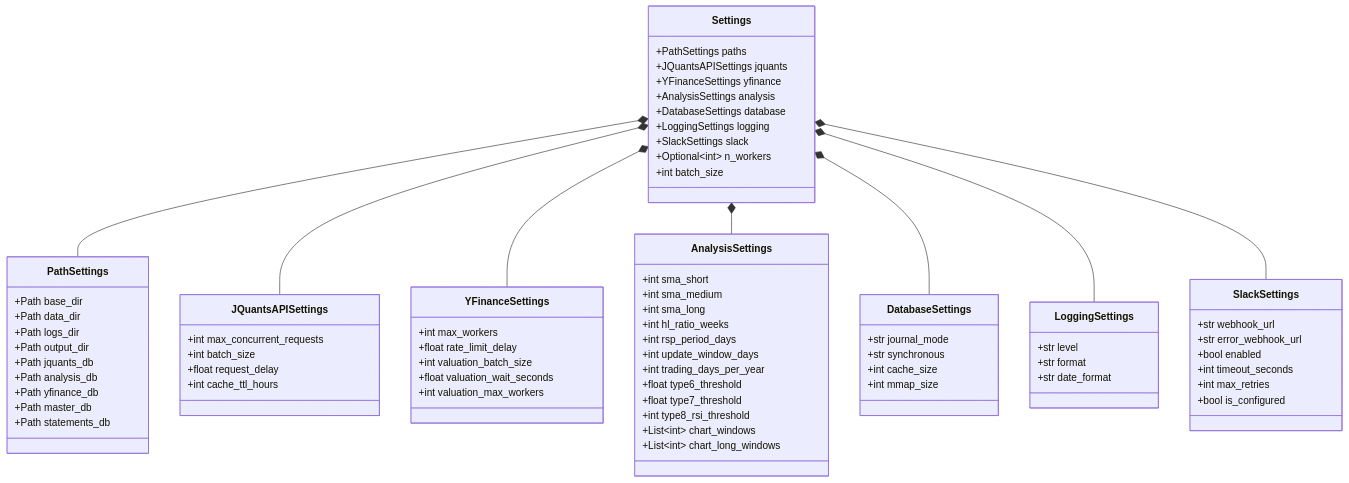
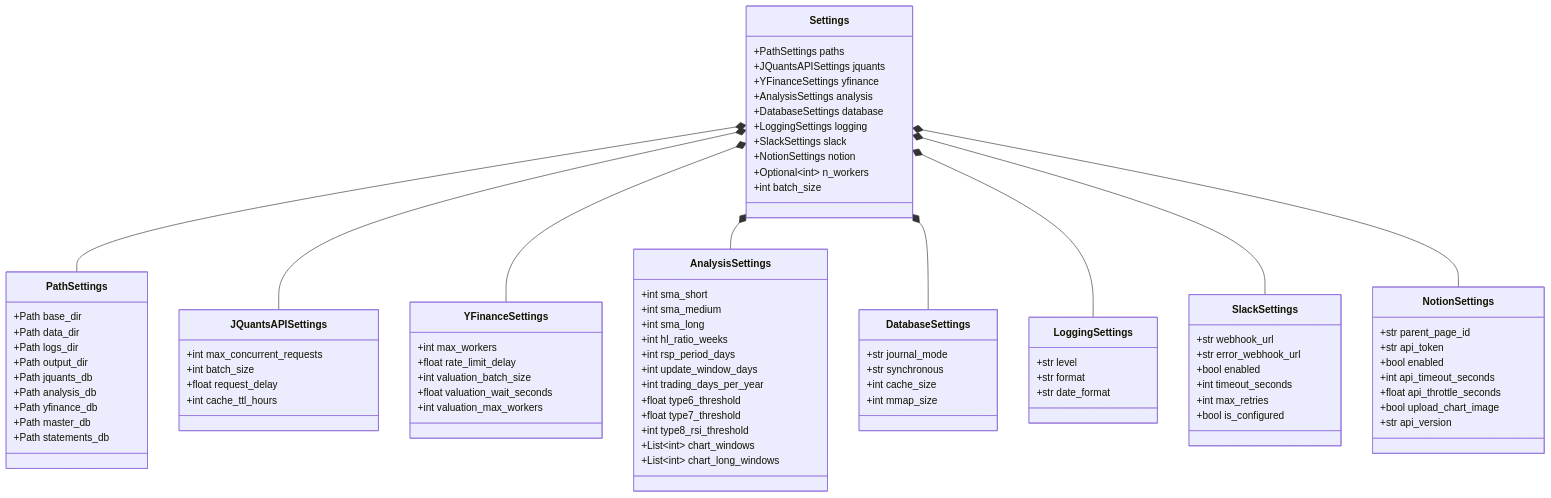
Before and after one commit to aidotters/stock-analysis: the seventh of 9 diagrams in docs/core/diagrams.md, drawn with Mermaid. The commit also changed other lines of this file and 13 other files, not shown here.

````diff
--- a/docs/core/diagrams.md
+++ b/docs/core/diagrams.md
@@ -418,6 +522,7 @@
         +DatabaseSettings database
         +LoggingSettings logging
         +SlackSettings slack
+        +NotionSettings notion
         +Optional~int~ n_workers
         +int batch_size
     }
@@ -480,6 +585,16 @@
         +bool is_configured
     }
 
+    class NotionSettings {
+        +str parent_page_id
+        +str api_token
+        +bool enabled
+        +int api_timeout_seconds
+        +float api_throttle_seconds
+        +bool upload_chart_image
+        +str api_version
+    }
+
     class LoggingSettings {
         +str level
         +str format
@@ -493,4 +608,5 @@
     Settings *-- DatabaseSettings
     Settings *-- LoggingSettings
     Settings *-- SlackSettings
+    Settings *-- NotionSettings
 ```
````
